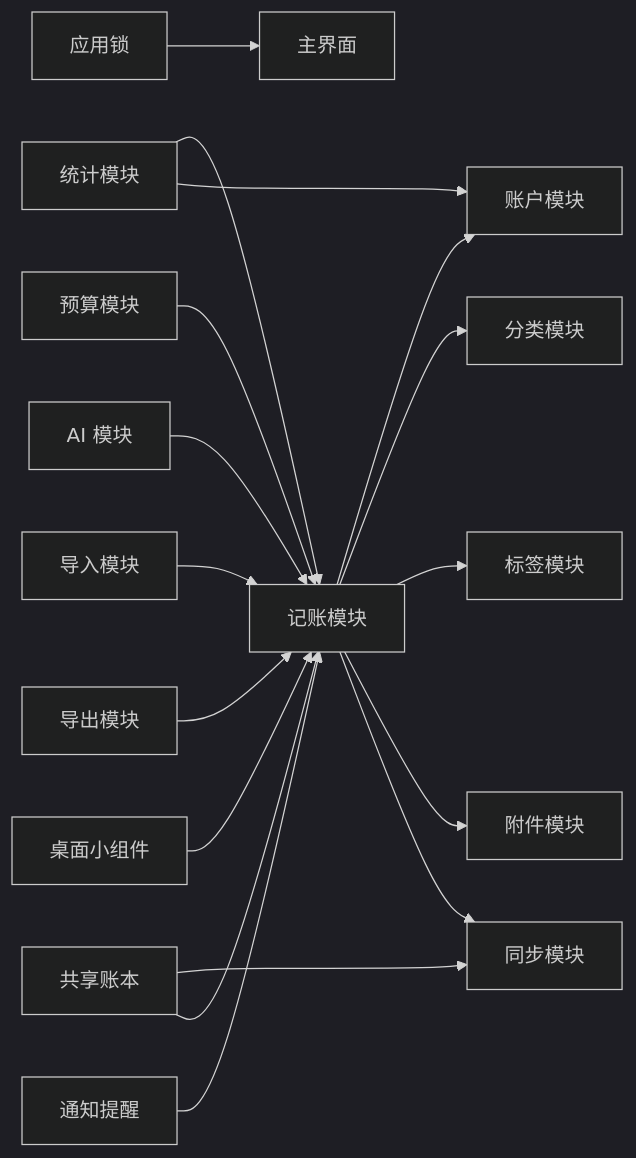
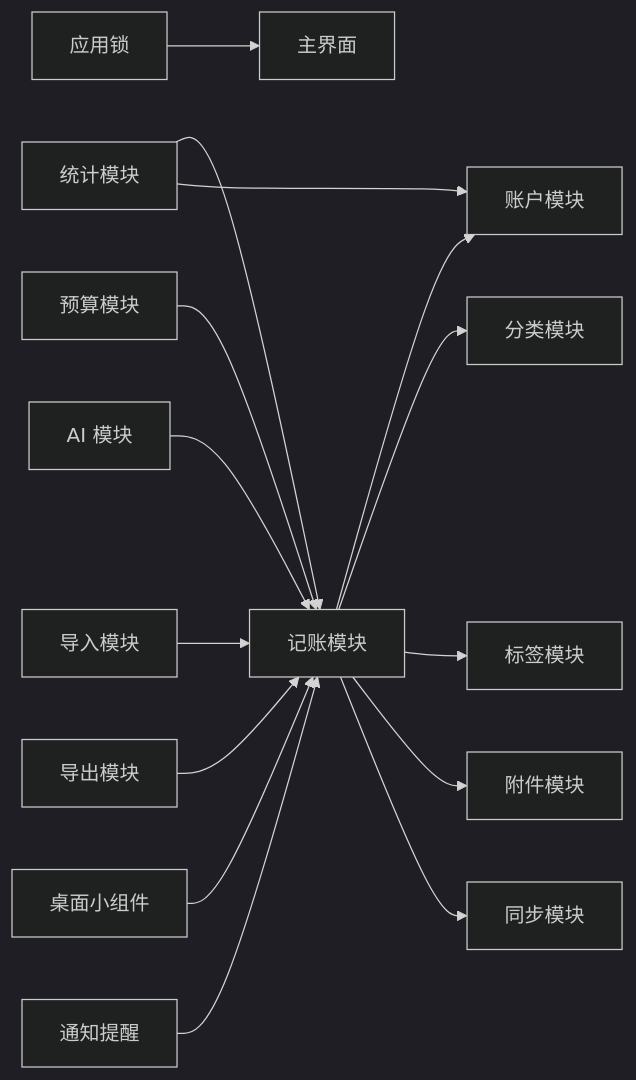
The second of 5 diagrams in docoments/05-core-modules.md (mecoren/PiggyCount), drawn with Mermaid (dark theme) before and after one commit. The commit also changed other lines of this file and 11 other files, not shown here.

````diff
--- a/docoments/05-core-modules.md
+++ b/docoments/05-core-modules.md
@@ -92,23 +90,20 @@
 ```mermaid
 flowchart LR
     TX[记账模块] --> ACCT[账户模块]
     TX --> CAT[分类模块]
     TX --> TAG[标签模块]
     TX --> ATT[附件模块]
     TX --> SYNC[同步模块]
 
     BUDGET[预算模块] --> TX
     STATS[统计模块] --> TX
     STATS --> ACCT
 
     AI[AI 模块] --> TX
     IMPORT[导入模块] --> TX
     EXPORT[导出模块] --> TX
 
-    SHARED[共享账本] --> SYNC
-    SHARED --> TX
-
     WIDGET[桌面小组件] --> TX
     LOCK[应用锁] --> MAIN[主界面]
     NOTIFY[通知提醒] --> TX
 ```
````
